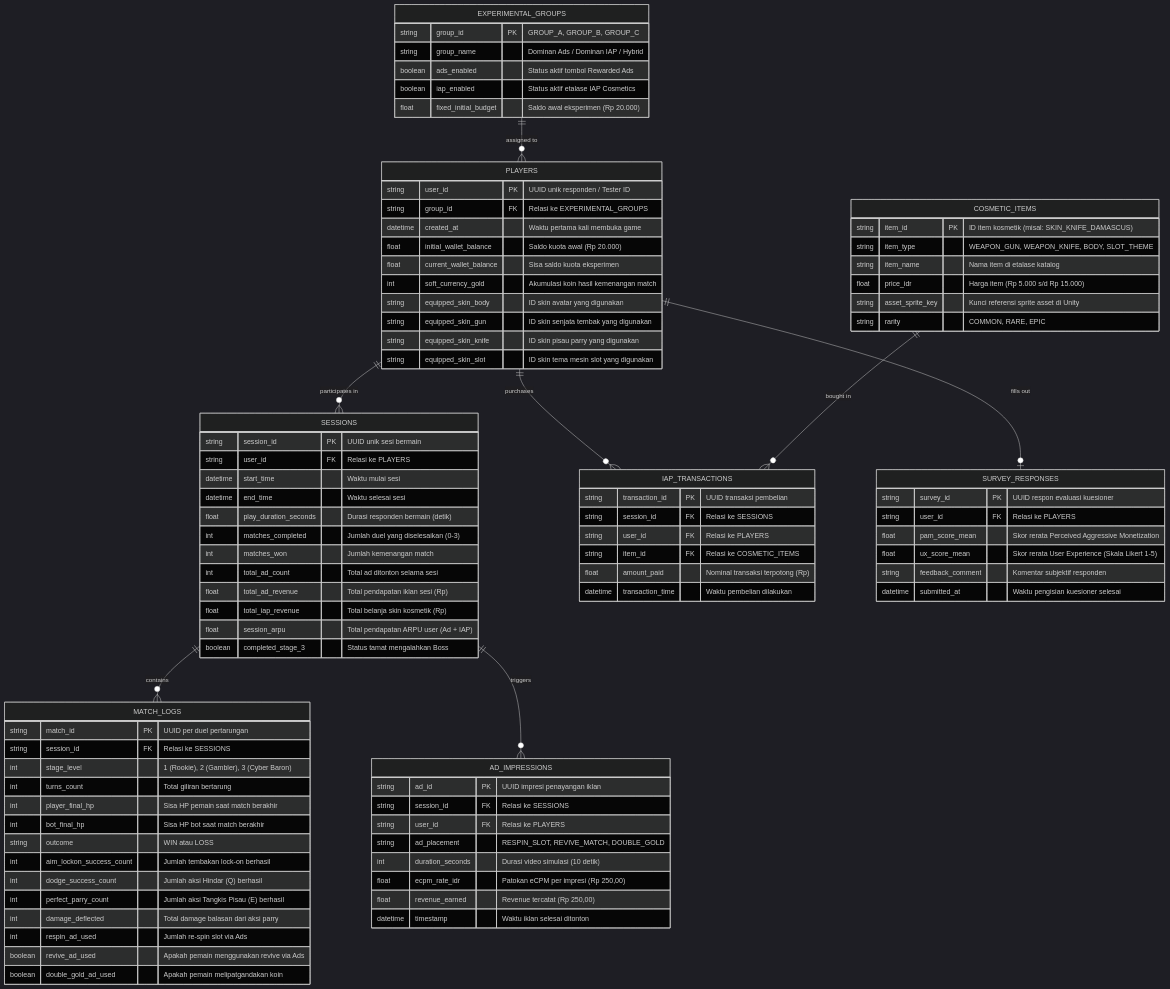
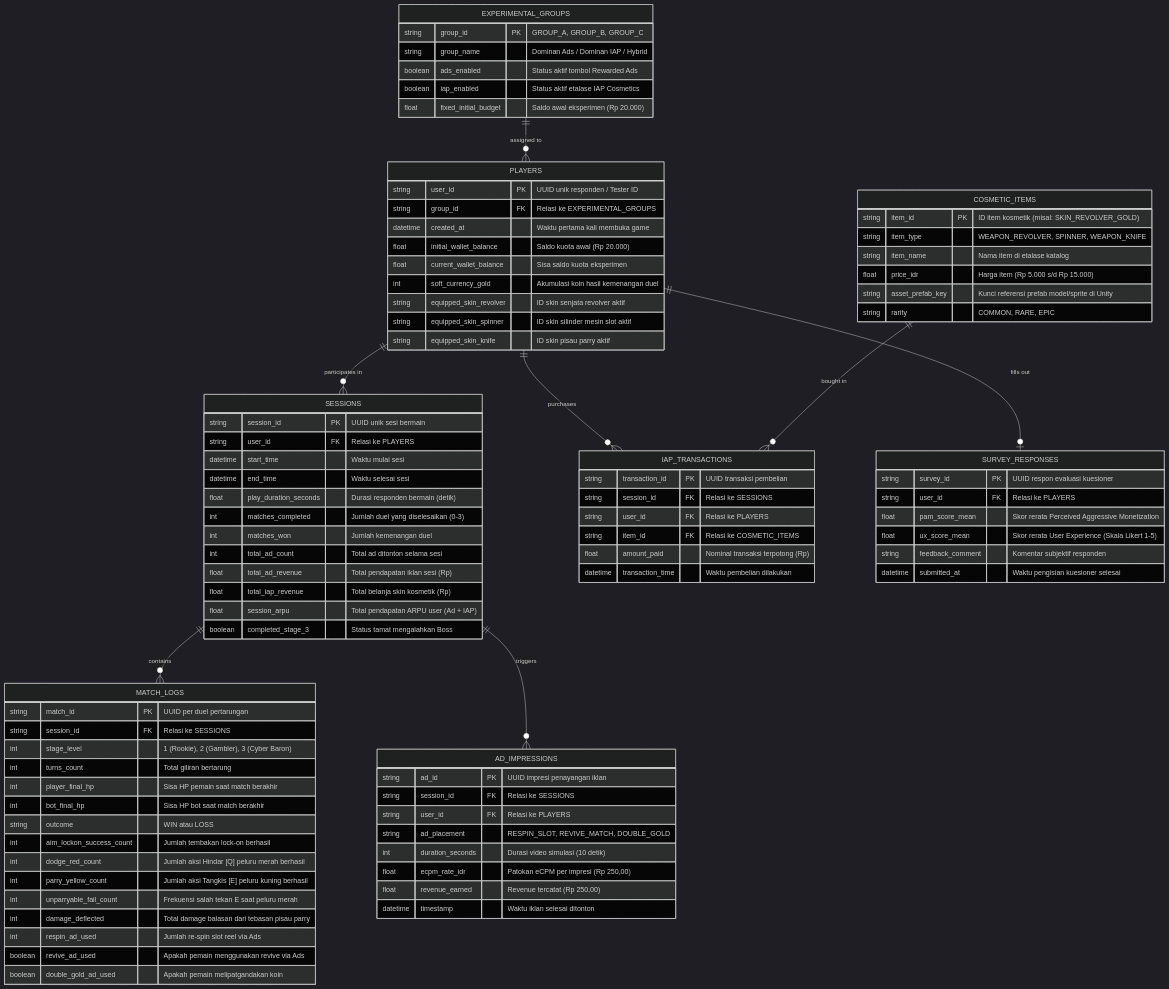
One commit to HafizAFauzi/PrototypeZ changed the diagram in docs/ERD.md. Above: the diagram before and after it, drawn with Mermaid (dark theme). The commit also changed other lines of this file and 2 other files, not shown here.

```diff
--- a/docs/ERD.md
+++ b/docs/ERD.md
@@ -39,11 +40,10 @@
         datetime created_at "Waktu pertama kali membuka game"
         float initial_wallet_balance "Saldo kuota awal (Rp 20.000)"
         float current_wallet_balance "Sisa saldo kuota eksperimen"
-        int soft_currency_gold "Akumulasi koin hasil kemenangan match"
-        string equipped_skin_body "ID skin avatar yang digunakan"
-        string equipped_skin_gun "ID skin senjata tembak yang digunakan"
-        string equipped_skin_knife "ID skin pisau parry yang digunakan"
-        string equipped_skin_slot "ID skin tema mesin slot yang digunakan"
+        int soft_currency_gold "Akumulasi koin hasil kemenangan duel"
+        string equipped_skin_revolver "ID skin senjata revolver aktif"
+        string equipped_skin_spinner "ID skin silinder mesin slot aktif"
+        string equipped_skin_knife "ID skin pisau parry aktif"
     }
 
     SESSIONS {
@@ -53,7 +53,7 @@
         datetime end_time "Waktu selesai sesi"
         float play_duration_seconds "Durasi responden bermain (detik)"
         int matches_completed "Jumlah duel yang diselesaikan (0-3)"
-        int matches_won "Jumlah kemenangan match"
+        int matches_won "Jumlah kemenangan duel"
         int total_ad_count "Total ad ditonton selama sesi"
         float total_ad_revenue "Total pendapatan iklan sesi (Rp)"
         float total_iap_revenue "Total belanja skin kosmetik (Rp)"
@@ -70,20 +70,21 @@
         int bot_final_hp "Sisa HP bot saat match berakhir"
         string outcome "WIN atau LOSS"
         int aim_lockon_success_count "Jumlah tembakan lock-on berhasil"
-        int dodge_success_count "Jumlah aksi Hindar (Q) berhasil"
-        int perfect_parry_count "Jumlah aksi Tangkis Pisau (E) berhasil"
-        int damage_deflected "Total damage balasan dari aksi parry"
-        int respin_ad_used "Jumlah re-spin slot via Ads"
+        int dodge_red_count "Jumlah aksi Hindar [Q] peluru merah berhasil"
+        int parry_yellow_count "Jumlah aksi Tangkis [E] peluru kuning berhasil"
+        int unparryable_fail_count "Frekuensi salah tekan E saat peluru merah"
+        int damage_deflected "Total damage balasan dari tebasan pisau parry"
+        int respin_ad_used "Jumlah re-spin slot reel via Ads"
         boolean revive_ad_used "Apakah pemain menggunakan revive via Ads"
         boolean double_gold_ad_used "Apakah pemain melipatgandakan koin"
     }
 
     COSMETIC_ITEMS {
-        string item_id PK "ID item kosmetik (misal: SKIN_KNIFE_DAMASCUS)"
-        string item_type "WEAPON_GUN, WEAPON_KNIFE, BODY, SLOT_THEME"
+        string item_id PK "ID item kosmetik (misal: SKIN_REVOLVER_GOLD)"
+        string item_type "WEAPON_REVOLVER, SPINNER, WEAPON_KNIFE"
         string item_name "Nama item di etalase katalog"
         float price_idr "Harga item (Rp 5.000 s/d Rp 15.000)"
-        string asset_sprite_key "Kunci referensi sprite asset di Unity"
+        string asset_prefab_key "Kunci referensi prefab model/sprite di Unity"
         string rarity "COMMON, RARE, EPIC"
     }
 
```
